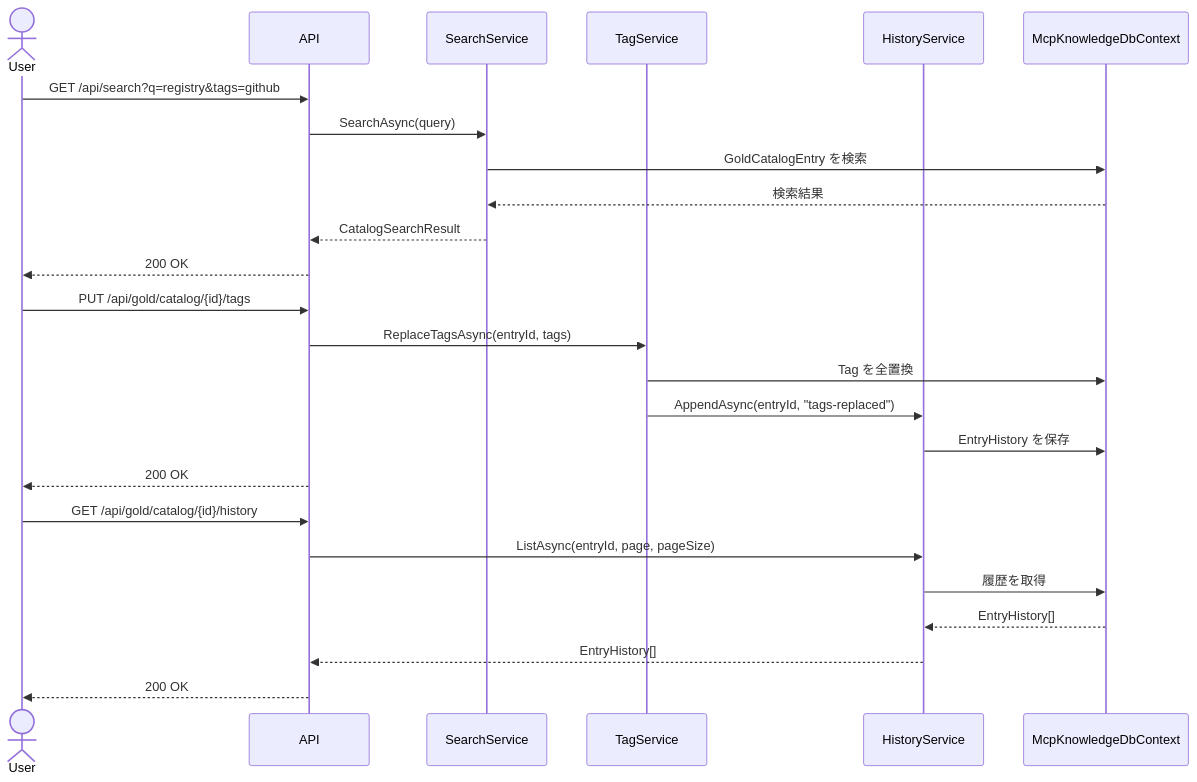
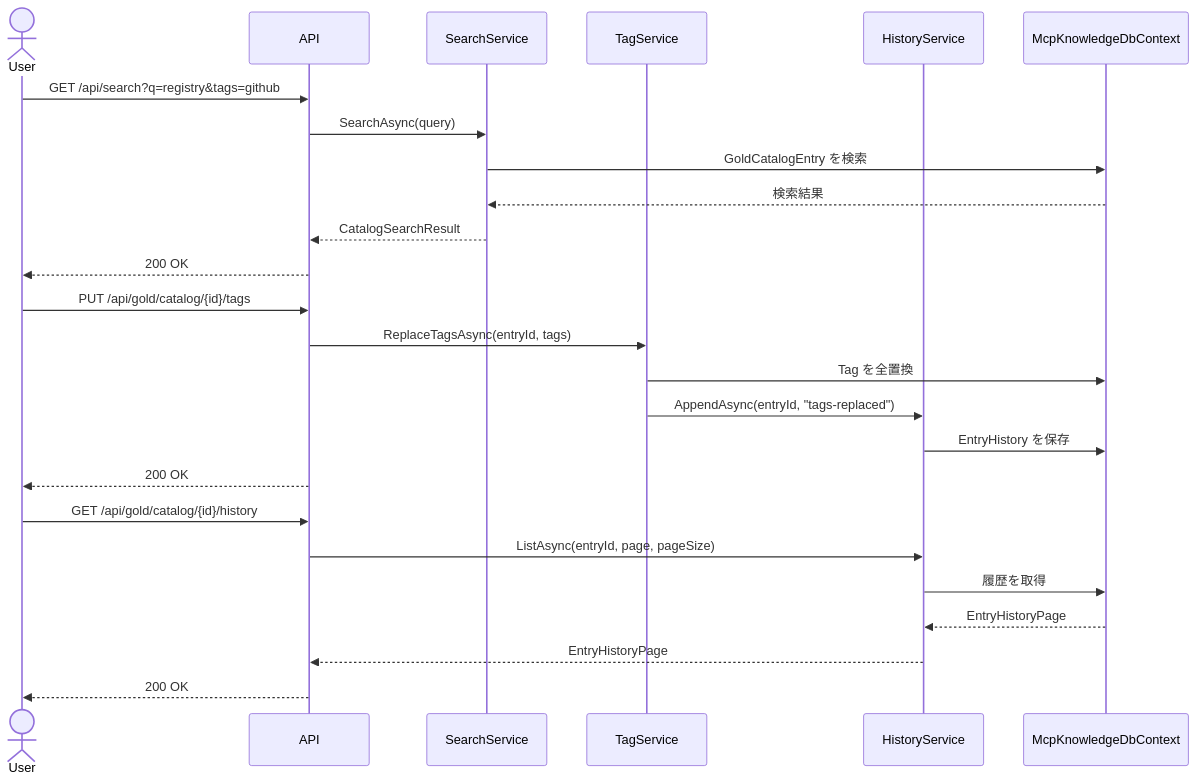
One commit to yy7613/QuartzKnowledgeMcp changed the second of 3 diagrams in docs/sequence.md. Above: the diagram before and after it, drawn with Mermaid. The commit also changed other lines of this file and 28 other files, not shown here.

````diff
--- a/docs/sequence.md
+++ b/docs/sequence.md
@@ -54,30 +54,30 @@
 ```mermaid
 sequenceDiagram
     actor User
     participant API
     participant SearchService
     participant TagService
     participant HistoryService
     participant DB as McpKnowledgeDbContext
 
     User->>API: GET /api/search?q=registry&tags=github
     API->>SearchService: SearchAsync(query)
     SearchService->>DB: GoldCatalogEntry を検索
     DB-->>SearchService: 検索結果
     SearchService-->>API: CatalogSearchResult
     API-->>User: 200 OK
 
     User->>API: PUT /api/gold/catalog/{id}/tags
     API->>TagService: ReplaceTagsAsync(entryId, tags)
     TagService->>DB: Tag を全置換
     TagService->>HistoryService: AppendAsync(entryId, "tags-replaced")
     HistoryService->>DB: EntryHistory を保存
     API-->>User: 200 OK
 
     User->>API: GET /api/gold/catalog/{id}/history
     API->>HistoryService: ListAsync(entryId, page, pageSize)
     HistoryService->>DB: 履歴を取得
-    DB-->>HistoryService: EntryHistory[]
-    HistoryService-->>API: EntryHistory[]
+    DB-->>HistoryService: EntryHistoryPage
+    HistoryService-->>API: EntryHistoryPage
     API-->>User: 200 OK
 ```
````
